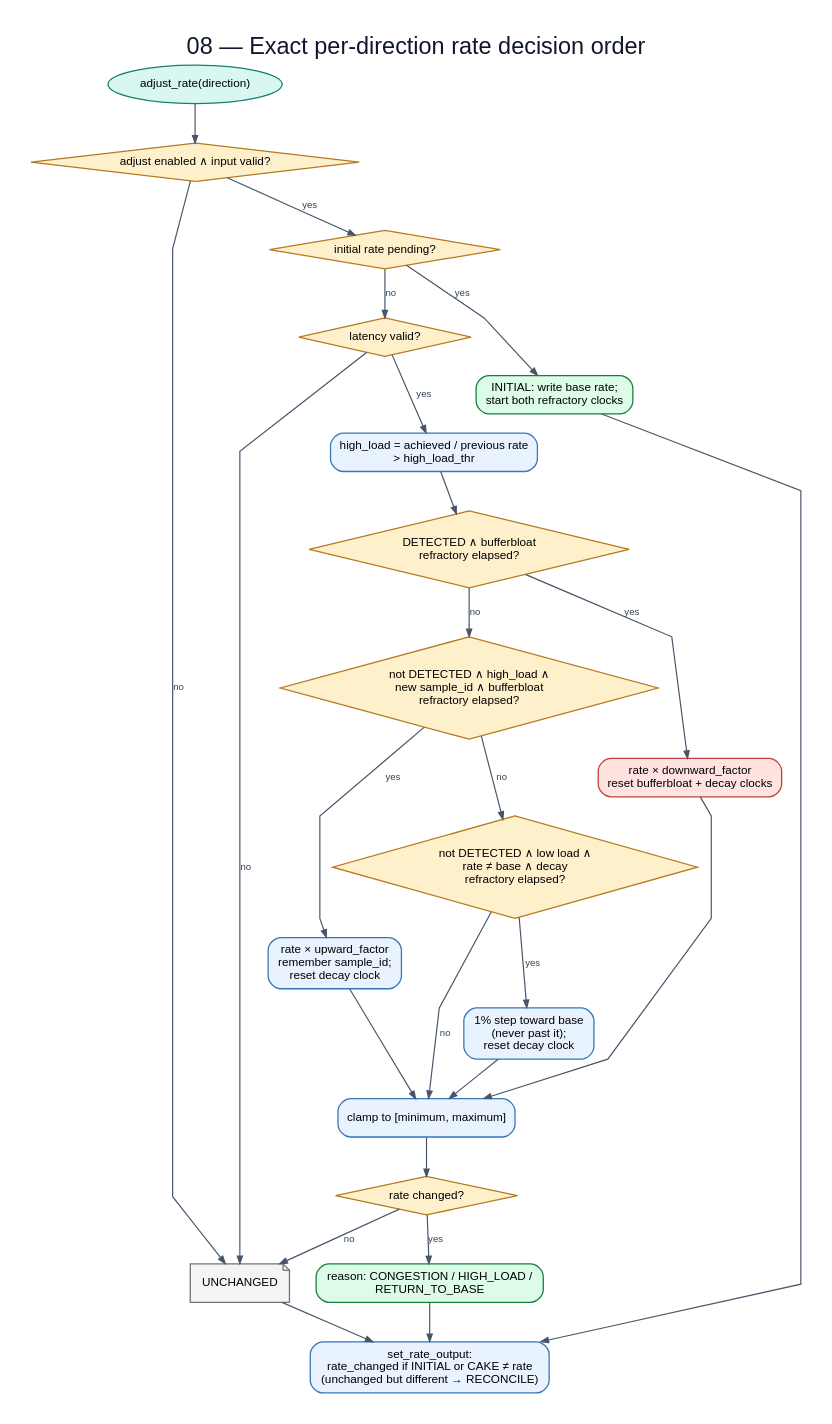
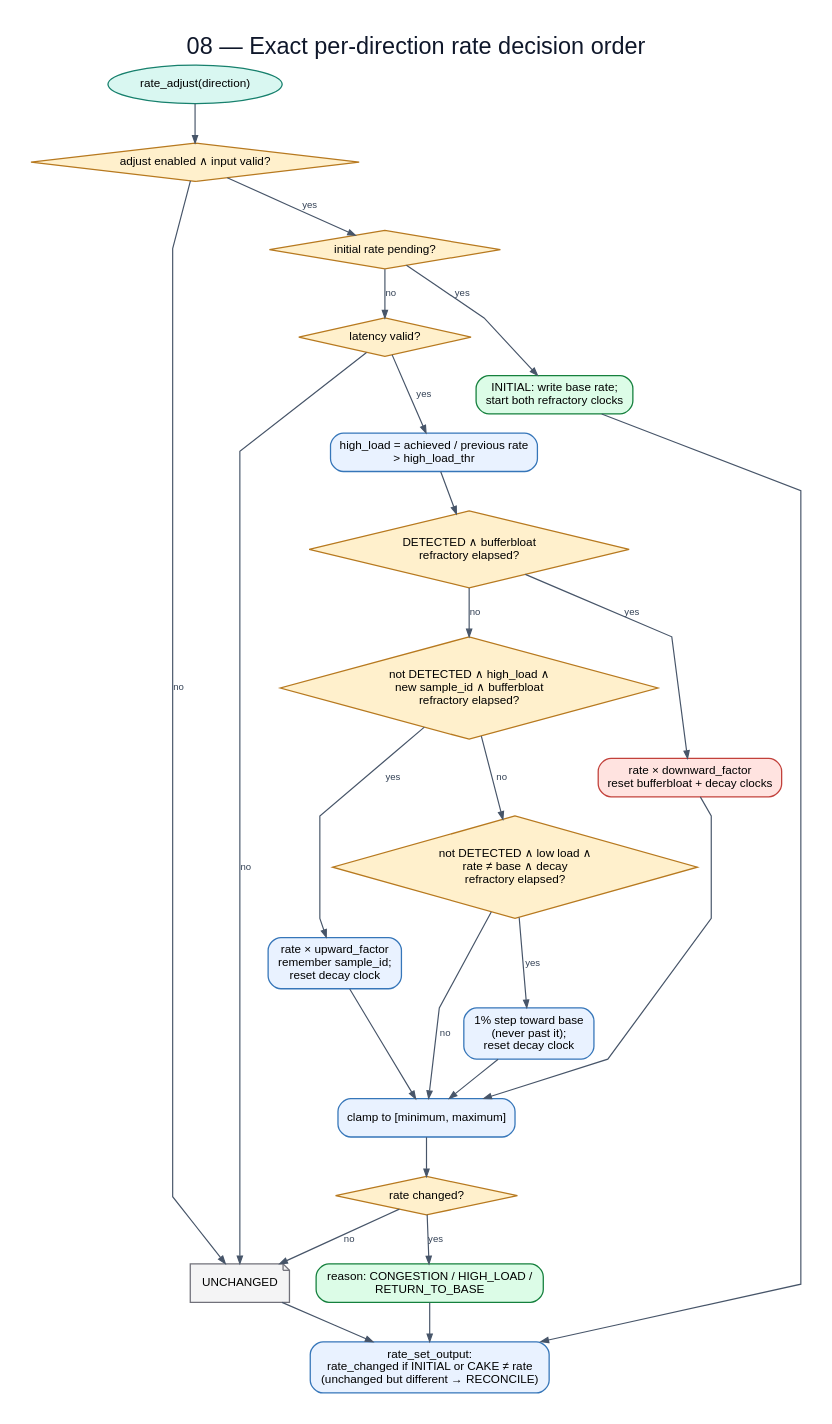
One commit to huydoan94/cake-adapt changed the diagram in flowchart/diagrams/08-exact-rate-decision.dot. Above: the diagram before and after it, drawn with Graphviz. The commit also changed 10 other files, not shown here.

Commit message:
flowchart: regenerate for the restructure

```diff
--- a/flowchart/diagrams/08-exact-rate-decision.dot
+++ b/flowchart/diagrams/08-exact-rate-decision.dot
@@ -1,45 +1,45 @@
 digraph G {
   graph [rankdir=TB,bgcolor="white",pad="0.30",nodesep="0.35",ranksep="0.48",splines=polyline,fontname="Arial",label="08 — Exact per-direction rate decision order",labelloc=t,fontsize=22,fontcolor="#0f172a"];
   node [fontname="Arial",fontsize=11,margin="0.14,0.09",penwidth=1.2];
   edge [fontname="Arial",fontsize=9,color="#475569",fontcolor="#334155",arrowsize=0.7,penwidth=1.1];
-  start [label="adjust_rate(direction)",shape=oval,style="filled",fillcolor="#d9f7f1",color="#17806d"];
+  start [label="rate_adjust(direction)",shape=oval,style="filled",fillcolor="#d9f7f1",color="#17806d"];
   adjust [label="adjust enabled ∧ input valid?",shape=diamond,style="filled",fillcolor="#fff0cc",color="#b7791f"];
   unchanged [label="UNCHANGED",shape=note,style="filled",fillcolor="#f4f4f5",color="#71717a"];
   initial [label="initial rate pending?",shape=diamond,style="filled",fillcolor="#fff0cc",color="#b7791f"];
   base [label="INITIAL: write base rate;\nstart both refractory clocks",shape=box,style="rounded,filled,bold",fillcolor="#dcfce7",color="#15803d"];
   lat [label="latency valid?",shape=diamond,style="filled",fillcolor="#fff0cc",color="#b7791f"];
   load [label="high_load = achieved / previous rate\n> high_load_thr",shape=box,style="rounded,filled",fillcolor="#e9f2ff",color="#3676b9"];
   cong [label="DETECTED ∧ bufferbloat\nrefractory elapsed?",shape=diamond,style="filled",fillcolor="#fff0cc",color="#b7791f"];
   cut [label="rate × downward_factor\nreset bufferbloat + decay clocks",shape=box,style="rounded,filled",fillcolor="#ffe3e0",color="#c2413b"];
   high [label="not DETECTED ∧ high_load ∧\nnew sample_id ∧ bufferbloat\nrefractory elapsed?",shape=diamond,style="filled",fillcolor="#fff0cc",color="#b7791f"];
   up [label="rate × upward_factor\nremember sample_id;\nreset decay clock",shape=box,style="rounded,filled",fillcolor="#e9f2ff",color="#3676b9"];
   low [label="not DETECTED ∧ low load ∧\nrate ≠ base ∧ decay\nrefractory elapsed?",shape=diamond,style="filled",fillcolor="#fff0cc",color="#b7791f"];
   decay [label="1% step toward base\n(never past it);\nreset decay clock",shape=box,style="rounded,filled",fillcolor="#e9f2ff",color="#3676b9"];
   clamp [label="clamp to [minimum, maximum]",shape=box,style="rounded,filled",fillcolor="#e9f2ff",color="#3676b9"];
   changed [label="rate changed?",shape=diamond,style="filled",fillcolor="#fff0cc",color="#b7791f"];
   reason [label="reason: CONGESTION / HIGH_LOAD /\nRETURN_TO_BASE",shape=box,style="rounded,filled,bold",fillcolor="#dcfce7",color="#15803d"];
-  output [label="set_rate_output:\nrate_changed if INITIAL or CAKE ≠ rate\n(unchanged but different → RECONCILE)",shape=box,style="rounded,filled",fillcolor="#e9f2ff",color="#3676b9"];
+  output [label="rate_set_output:\nrate_changed if INITIAL or CAKE ≠ rate\n(unchanged but different → RECONCILE)",shape=box,style="rounded,filled",fillcolor="#e9f2ff",color="#3676b9"];
   start -> adjust;
   adjust -> unchanged [label="no"];
   adjust -> initial [label="yes"];
   initial -> base [label="yes"];
   initial -> lat [label="no"];
   lat -> unchanged [label="no"];
   lat -> load [label="yes"];
   load -> cong;
   cong -> cut [label="yes"];
   cong -> high [label="no"];
   high -> up [label="yes"];
   high -> low [label="no"];
   low -> decay [label="yes"];
   low -> clamp [label="no"];
   cut -> clamp;
   up -> clamp;
   decay -> clamp;
   clamp -> changed;
   changed -> reason [label="yes"];
   changed -> unchanged [label="no"];
   reason -> output;
   unchanged -> output;
   base -> output;
 }
```
